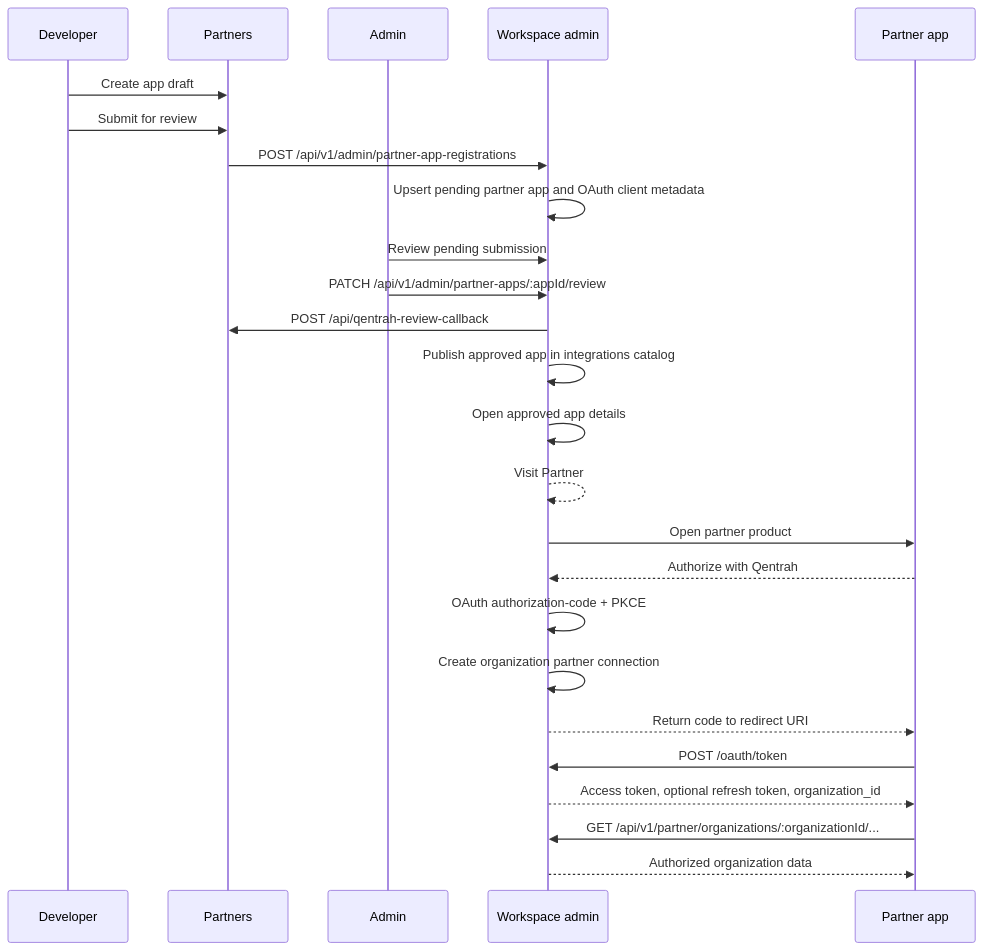
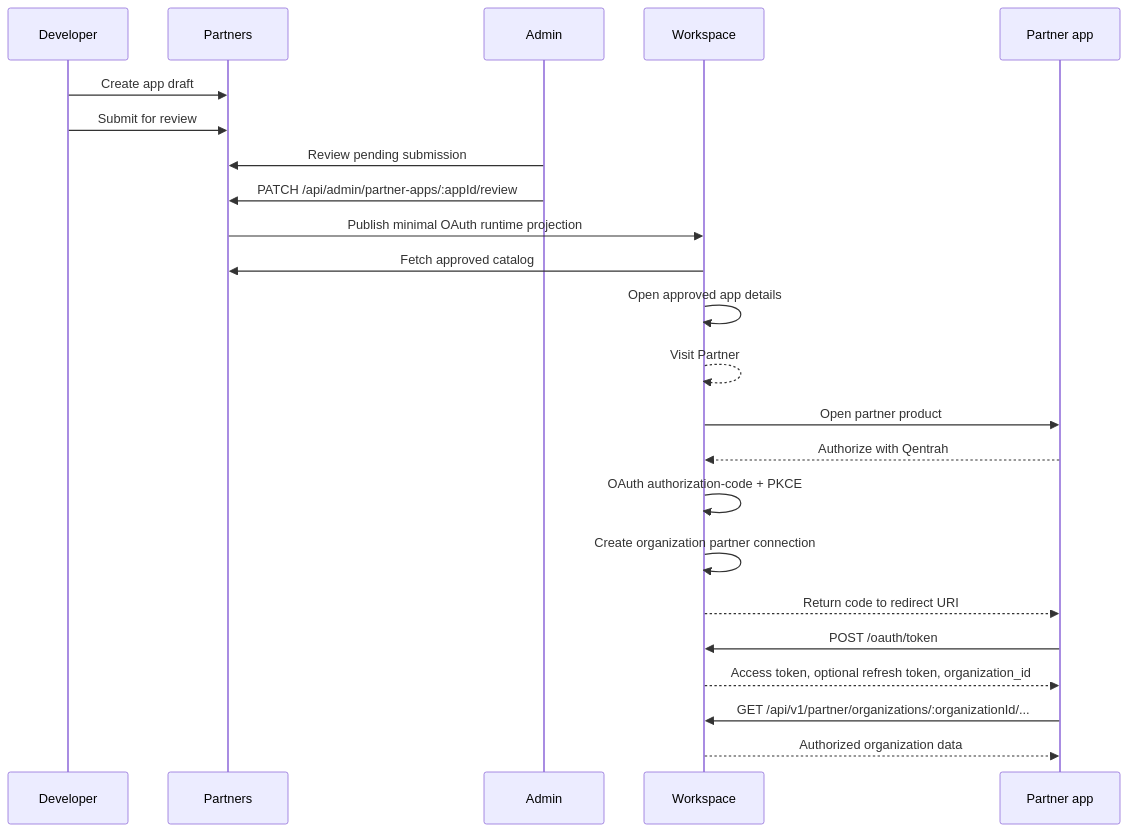
Before and after one commit to Up-to-code/ai-p1: the diagram in docs/partner-platform/README.md, drawn with Mermaid. The commit also changed other lines of this file and 272 other files, not shown here.

````diff
--- a/docs/partner-platform/README.md
+++ b/docs/partner-platform/README.md
@@ -20,29 +20,26 @@
 ```mermaid
 sequenceDiagram
   participant Dev as Developer
   participant Partners as Partners
   participant Admin as Admin
   participant Workspace as Workspace
-  participant Workspace as Workspace admin
   participant App as Partner app
 
   Dev->>Partners: Create app draft
   Dev->>Partners: Submit for review
-  Partners->>Workspace: POST /api/v1/admin/partner-app-registrations
-  Workspace->>Workspace: Upsert pending partner app and OAuth client metadata
-  Admin->>Workspace: Review pending submission
-  Admin->>Workspace: PATCH /api/v1/admin/partner-apps/:appId/review
-  Workspace->>Partners: POST /api/qentrah-review-callback
-  Workspace->>Workspace: Publish approved app in integrations catalog
+  Admin->>Partners: Review pending submission
+  Admin->>Partners: PATCH /api/admin/partner-apps/:appId/review
+  Partners->>Workspace: Publish minimal OAuth runtime projection
+  Workspace->>Partners: Fetch approved catalog
   Workspace->>Workspace: Open approved app details
   Workspace-->>Workspace: Visit Partner
   Workspace->>App: Open partner product
   App-->>Workspace: Authorize with Qentrah
   Workspace->>Workspace: OAuth authorization-code + PKCE
   Workspace->>Workspace: Create organization partner connection
   Workspace-->>App: Return code to redirect URI
   App->>Workspace: POST /oauth/token
   Workspace-->>App: Access token, optional refresh token, organization_id
   App->>Workspace: GET /api/v1/partner/organizations/:organizationId/...
   Workspace-->>App: Authorized organization data
 ```
````
